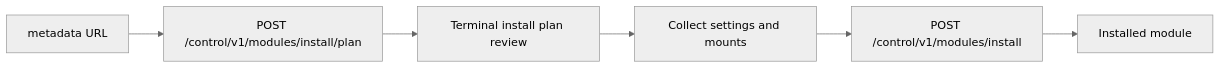
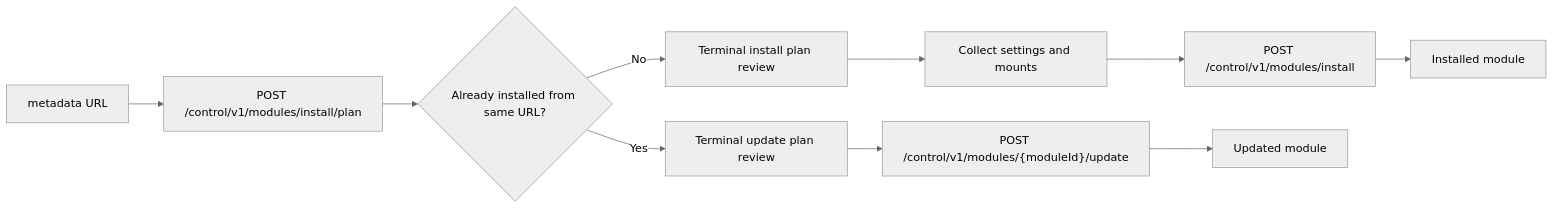
Before and after one commit to alex-de-haas/docker-host: the second of 4 diagrams in docs/features/cli-module-commands.md, drawn with Mermaid (neutral theme). The commit also changed other lines of this file and 14 other files, not shown here.

Commit message:
Route same-source installs through update review

````diff
--- a/docs/features/cli-module-commands.md
+++ b/docs/features/cli-module-commands.md
@@ -108,8 +108,12 @@
 ```mermaid
 flowchart LR
   A["metadata URL"] --> B["POST /control/v1/modules/install/plan"]
-  B --> C["Terminal install plan review"]
+  B --> X{"Already installed from same URL?"}
+  X -- "No" --> C["Terminal install plan review"]
   C --> D["Collect settings and mounts"]
   D --> E["POST /control/v1/modules/install"]
   E --> F["Installed module"]
+  X -- "Yes" --> U["Terminal update plan review"]
+  U --> V["POST /control/v1/modules/{moduleId}/update"]
+  V --> W["Updated module"]
 ```
````
